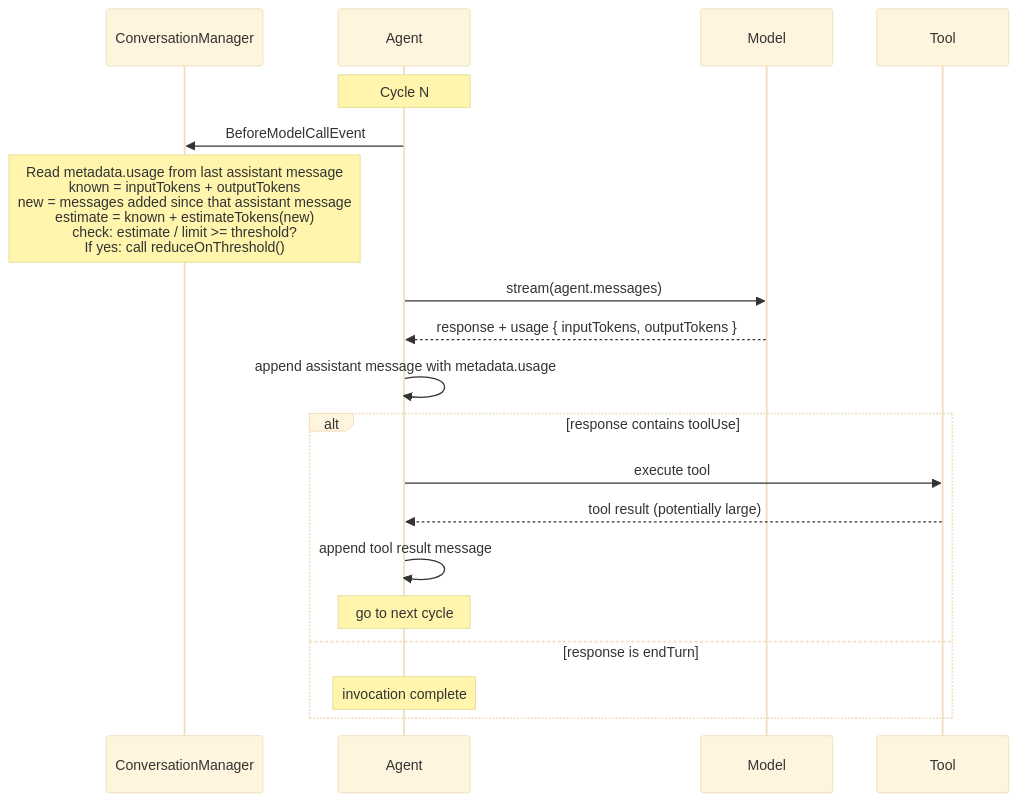
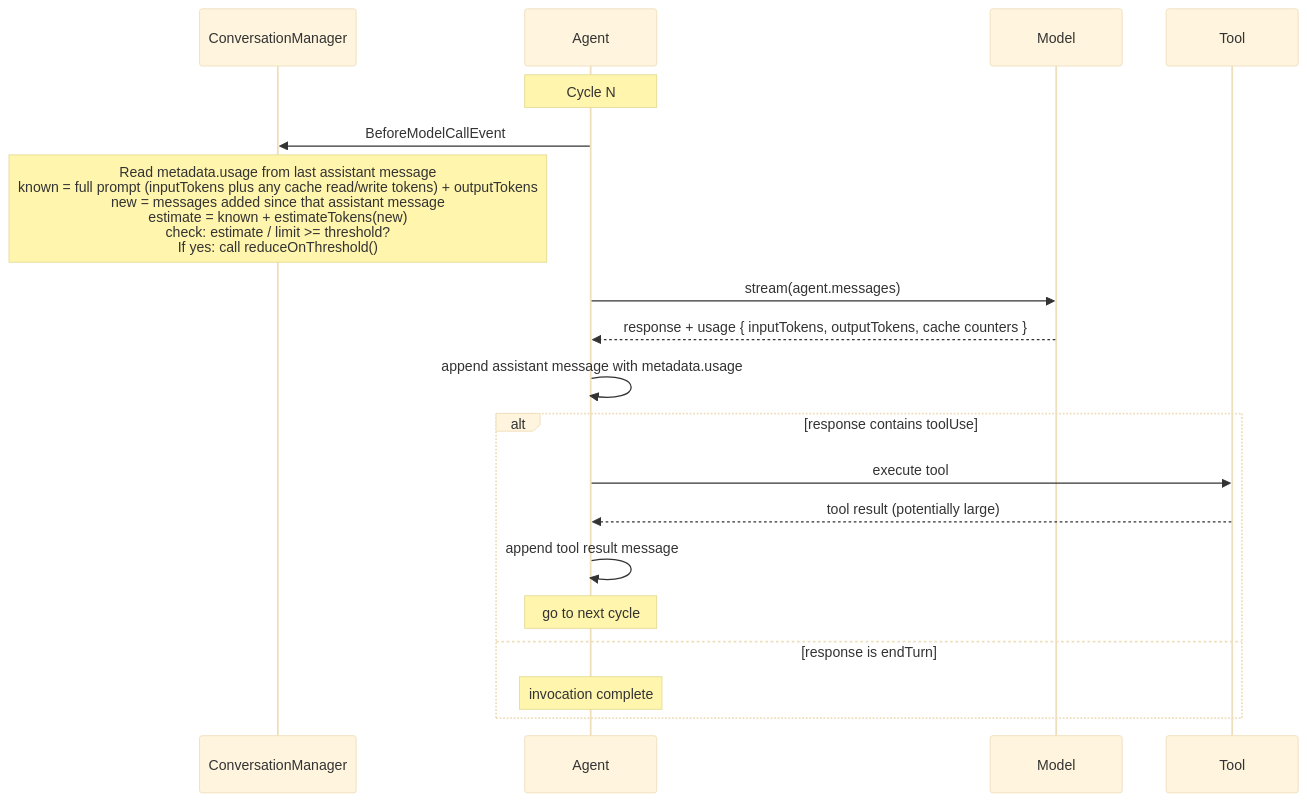
The diagram in team/designs/0008-proactive-context-compression.md (strands-agents/sdk-python), drawn with Mermaid (base theme) before and after one commit. The commit also changed other lines of this file and 17 other files, not shown here.

````diff
--- a/team/designs/0008-proactive-context-compression.md
+++ b/team/designs/0008-proactive-context-compression.md
@@ -81,25 +81,25 @@
 ```mermaid
 sequenceDiagram
     participant CM as ConversationManager
     participant Agent
     participant Model
     participant Tool
 
     Note over Agent: Cycle N
 
     Agent->>CM: BeforeModelCallEvent
-    Note over CM: Read metadata.usage from last assistant message<br/>known = inputTokens + outputTokens<br/>new = messages added since that assistant message<br/>estimate = known + estimateTokens(new)<br/>check: estimate / limit >= threshold?<br/>If yes: call reduceOnThreshold()
+    Note over CM: Read metadata.usage from last assistant message<br/>known = full prompt (inputTokens plus any cache read/write tokens) + outputTokens<br/>new = messages added since that assistant message<br/>estimate = known + estimateTokens(new)<br/>check: estimate / limit >= threshold?<br/>If yes: call reduceOnThreshold()
 
     Agent->>Model: stream(agent.messages)
-    Model-->>Agent: response + usage { inputTokens, outputTokens }
+    Model-->>Agent: response + usage { inputTokens, outputTokens, cache counters }
     Agent->>Agent: append assistant message with metadata.usage
 
     alt response contains toolUse
         Agent->>Tool: execute tool
         Tool-->>Agent: tool result (potentially large)
         Agent->>Agent: append tool result message
         Note over Agent: go to next cycle
     else response is endTurn
         Note over Agent: invocation complete
     end
 ```
````
